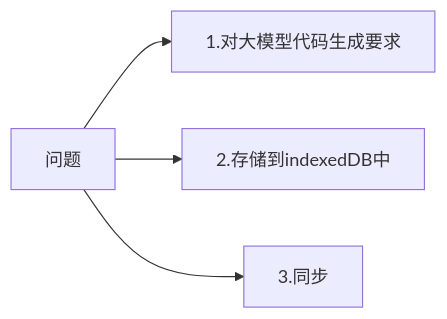
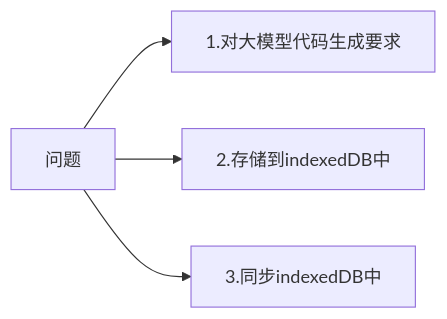
The diagram in all/组件数据存储-1.md (yingjianzh/iodraw-files), drawn with Mermaid before and after one commit.

Commit message:
2025-02-14 10:34:55 update

````diff
--- a/all/组件数据存储-1.md
+++ b/all/组件数据存储-1.md
@@ -1,9 +1,9 @@
 ```mermaid
 flowchart LR
     问题 --> 1.对大模型代码生成要求
     问题 --> 2.存储到indexedDB中
-    问题 --> 3.同步
+    问题 --> 3.同步indexedDB中
 
     
   
 ```
````
